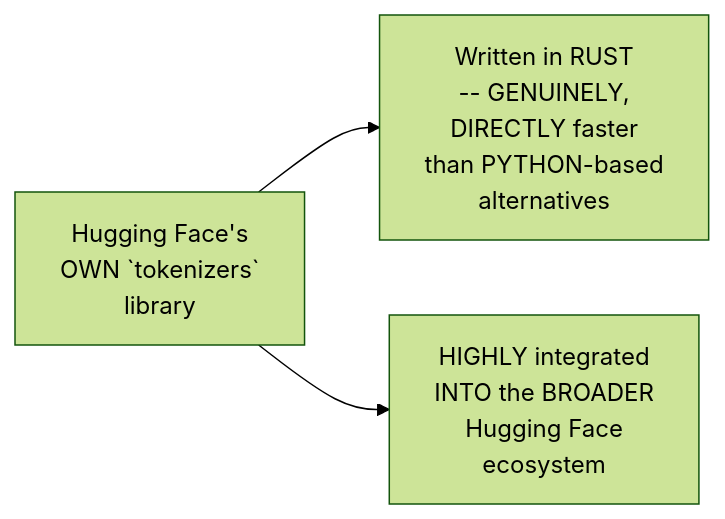
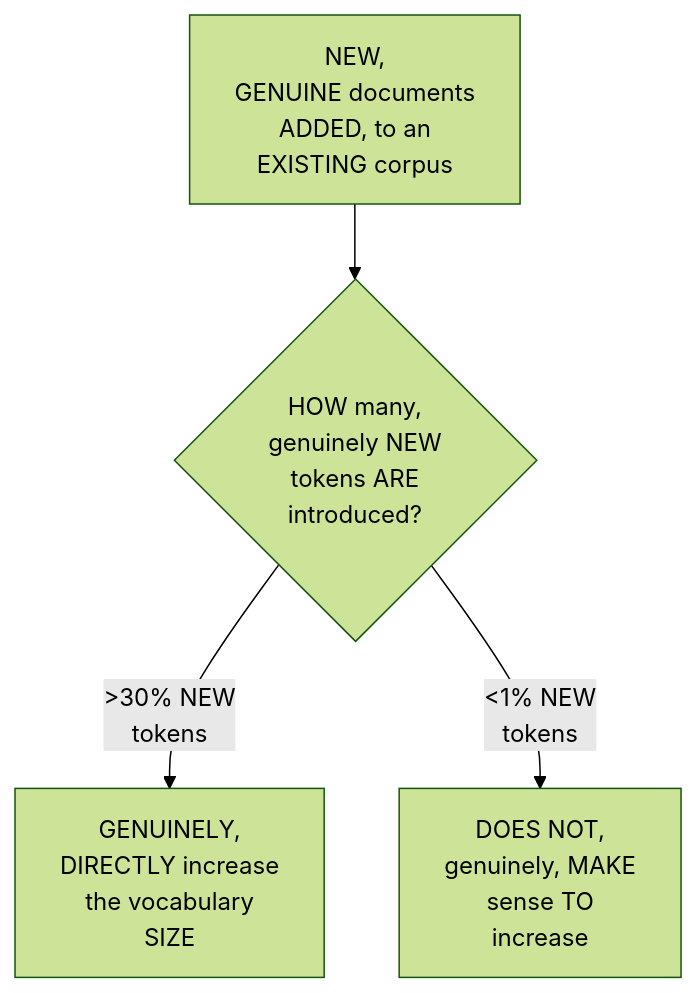
Diagram 12 of 27 in LLM Production AI Engineering/1. AI Foundations/2. Tokenization/4. Resolving the Vocabulary-Size Conflict.md (sanjeevpalla/Notes), drawn with Mermaid (forest theme) before and after one commit. The commit also changed other lines of this file and 7 other files, not shown here.

````diff
--- a/LLM Production AI Engineering/1. AI Foundations/2. Tokenization/4. Resolving the Vocabulary-Size Conflict.md
+++ b/LLM Production AI Engineering/1. AI Foundations/2. Tokenization/4. Resolving the Vocabulary-Size Conflict.md
@@ -377,5 +258,6 @@
 ```mermaid
-flowchart LR
-    A["Hugging Face's<br/>OWN `tokenizers`<br/>library"] --> B["Written in RUST<br/>-- GENUINELY,<br/>DIRECTLY faster<br/>than PYTHON-based<br/>alternatives"]
-    A --> C["HIGHLY integrated<br/>INTO the BROADER<br/>Hugging Face<br/>ecosystem"]
+flowchart TD
+    A["NEW,<br/>GENUINE documents<br/>ADDED, to an<br/>EXISTING corpus"] --> B{"HOW many,<br/>genuinely NEW<br/>tokens ARE<br/>introduced?"}
+    B -->|">30% NEW<br/>tokens"| C["GENUINELY,<br/>DIRECTLY increase<br/>the vocabulary<br/>SIZE"]
+    B -->|"<1% NEW<br/>tokens"| D["DOES NOT,<br/>genuinely, MAKE<br/>sense TO<br/>increase"]
 ```
````
